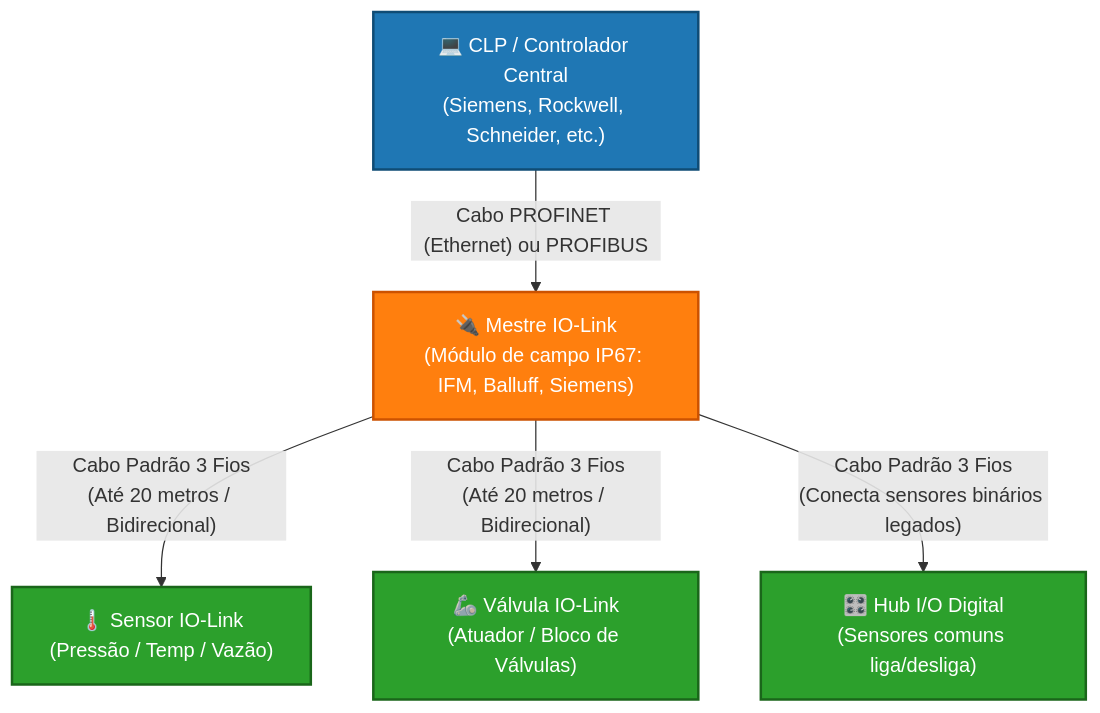
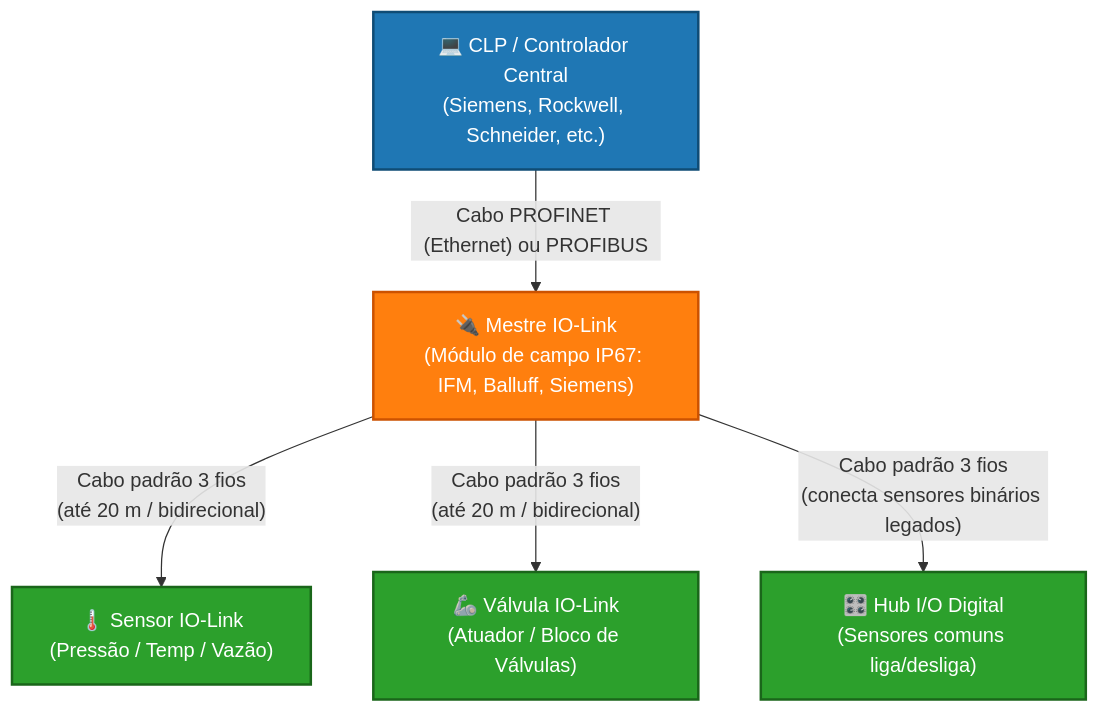
One commit to MarcoAntOliveira/informatica_industrial changed the first of 2 diagrams in seminario.md. Above: the diagram before and after it, drawn with Mermaid. The commit also changed other lines of this file, not shown here.

````diff
--- a/seminario.md
+++ b/seminario.md
@@ -11,30 +23,21 @@
 ```mermaid
 graph TD
-    %% Nós Principais
     CLP["💻 CLP / Controlador Central<br>(Siemens, Rockwell, Schneider, etc.)"]
-    
     MESTRE["🔌 Mestre IO-Link<br>(Módulo de campo IP67: IFM, Balluff, Siemens)"]
-    
     SENSOR["🌡️ Sensor IO-Link<br>(Pressão / Temp / Vazão)"]
     VALVULA["🦾 Válvula IO-Link<br>(Atuador / Bloco de Válvulas)"]
     HUB["🎛️ Hub I/O Digital<br>(Sensores comuns liga/desliga)"]
 
-    %% Conexões com descrições detalhadas
     CLP -- "Cabo PROFINET (Ethernet) ou PROFIBUS" --> MESTRE
-    
-    MESTRE -- "Cabo Padrão 3 Fios<br>(Até 20 metros / Bidirecional)" --> SENSOR
-    MESTRE -- "Cabo Padrão 3 Fios<br>(Até 20 metros / Bidirecional)" --> VALVULA
-    MESTRE -- "Cabo Padrão 3 Fios<br>(Conecta sensores binários legados)" --> HUB
+    MESTRE -- "Cabo padrão 3 fios<br>(até 20 m / bidirecional)" --> SENSOR
+    MESTRE -- "Cabo padrão 3 fios<br>(até 20 m / bidirecional)" --> VALVULA
+    MESTRE -- "Cabo padrão 3 fios<br>(conecta sensores binários legados)" --> HUB
 
-    %% Estilização (Classes de Cores)
     classDef nivelControle fill:#1f77b4,stroke:#0f4c75,color:#fff,stroke-width:2px;
     classDef nivelRede fill:#ff7f0e,stroke:#cc5200,color:#fff,stroke-width:2px;
     classDef nivelDispositivo fill:#2ca02c,stroke:#1a661a,color:#fff,stroke-width:2px;
 
     class CLP nivelControle;
     class MESTRE nivelRede;
     class SENSOR,VALVULA,HUB nivelDispositivo;
-
-
-
 ```
````
